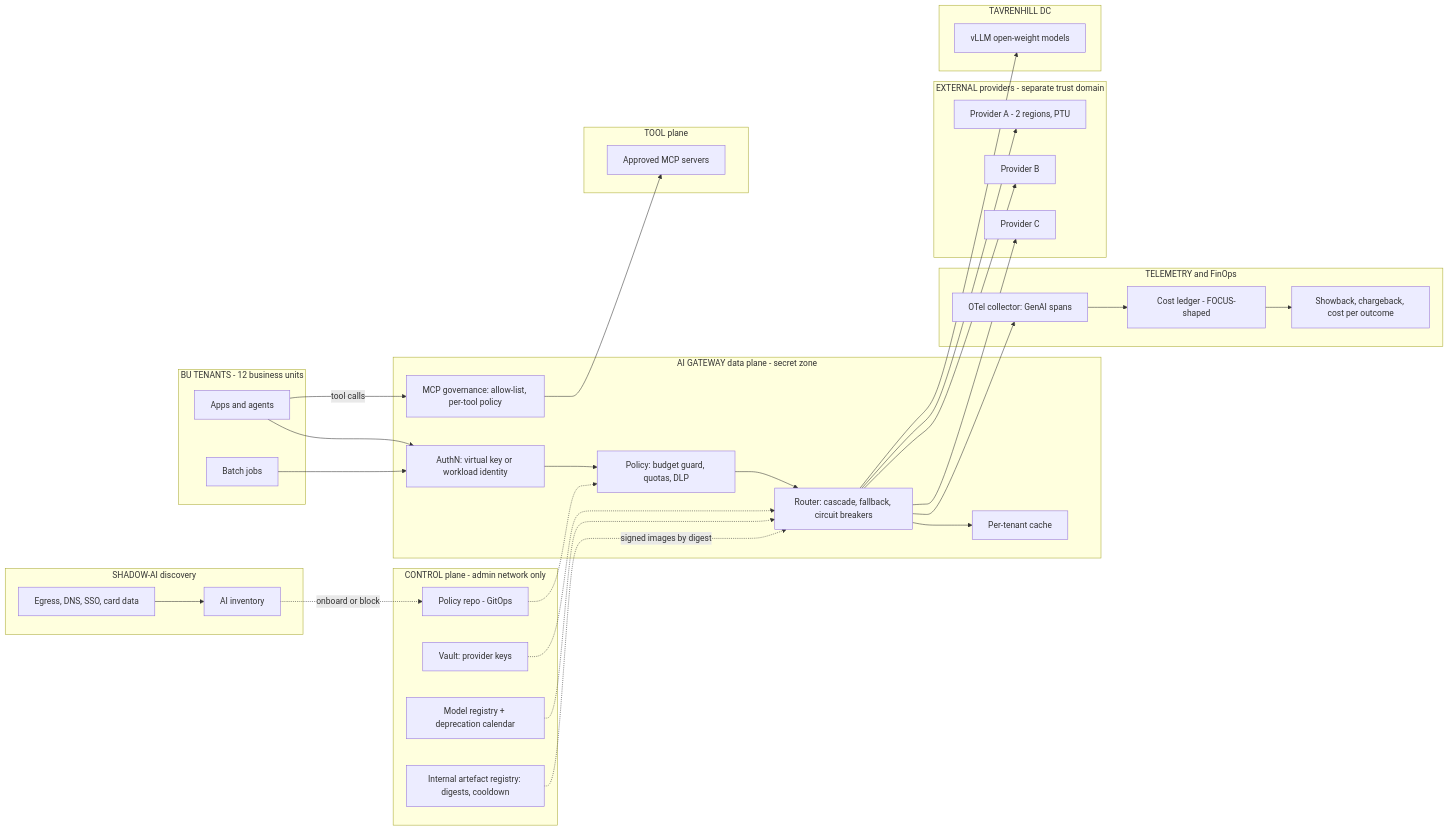
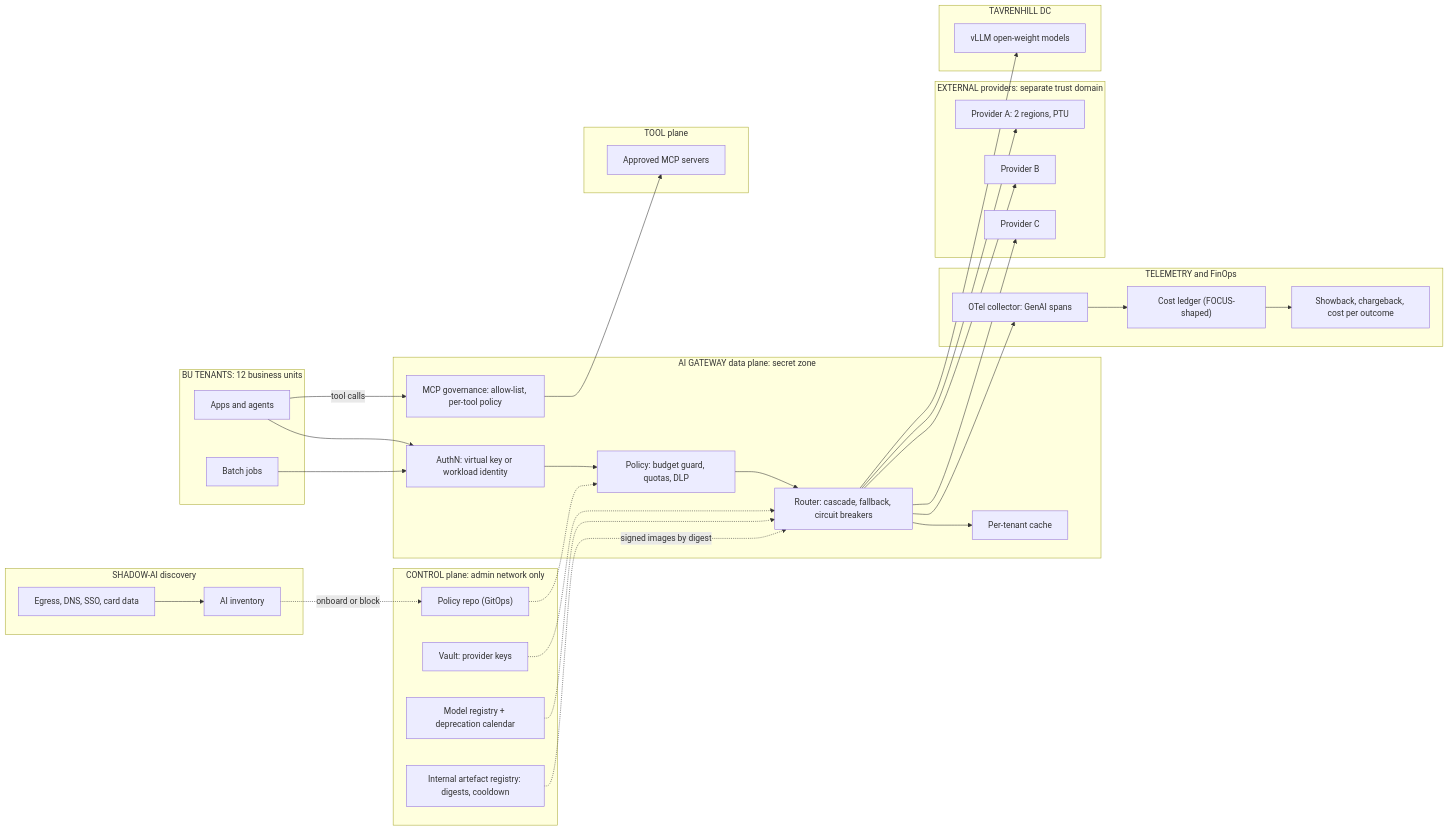
One commit to nagarjunak-pixel/02-autogpt-autonomous-agent changed the diagram in curriculum/projects/P12-enterprise-ai-gateway-finops-platform.md. Above: the diagram before and after it, drawn with Mermaid. The commit also changed other lines of this file and 21 other files, not shown here.

````diff
--- a/curriculum/projects/P12-enterprise-ai-gateway-finops-platform.md
+++ b/curriculum/projects/P12-enterprise-ai-gateway-finops-platform.md
@@ -146,56 +146,56 @@
 ```mermaid
 flowchart LR
-  subgraph BU["BU TENANTS - 12 business units"]
+  subgraph BU["BU TENANTS: 12 business units"]
     A1["Apps and agents"]
     A2["Batch jobs"]
   end
-  subgraph GW["AI GATEWAY data plane - secret zone"]
+  subgraph GW["AI GATEWAY data plane: secret zone"]
     AU["AuthN: virtual key or workload identity"]
     PO["Policy: budget guard, quotas, DLP"]
     RT["Router: cascade, fallback, circuit breakers"]
     CA["Per-tenant cache"]
     MG["MCP governance: allow-list, per-tool policy"]
   end
-  subgraph CP["CONTROL plane - admin network only"]
+  subgraph CP["CONTROL plane: admin network only"]
     KV["Vault: provider keys"]
     MR["Model registry + deprecation calendar"]
-    PR["Policy repo - GitOps"]
+    PR["Policy repo (GitOps)"]
     AR["Internal artefact registry: digests, cooldown"]
   end
   subgraph OBS["TELEMETRY and FinOps"]
     OT["OTel collector: GenAI spans"]
-    LED["Cost ledger - FOCUS-shaped"]
+    LED["Cost ledger (FOCUS-shaped)"]
     CB["Showback, chargeback, cost per outcome"]
   end
-  subgraph EXT["EXTERNAL providers - separate trust domain"]
-    P1["Provider A - 2 regions, PTU"]
+  subgraph EXT["EXTERNAL providers: separate trust domain"]
+    P1["Provider A: 2 regions, PTU"]
     P2["Provider B"]
     P3["Provider C"]
   end
   subgraph ONP["TAVRENHILL DC"]
     V["vLLM open-weight models"]
   end
   subgraph TL["TOOL plane"]
     M1["Approved MCP servers"]
   end
   subgraph DS["SHADOW-AI discovery"]
     EG["Egress, DNS, SSO, card data"]
     INV["AI inventory"]
   end
   A1 --> AU
   A2 --> AU
   AU --> PO --> RT
   RT --> CA
   RT --> P1
   RT --> P2
   RT --> P3
   RT --> V
   A1 -->|"tool calls"| MG --> M1
   KV -.-> RT
   MR -.-> RT
   PR -.-> PO
   AR -.->|"signed images by digest"| RT
   RT --> OT --> LED --> CB
   EG --> INV
   INV -.->|"onboard or block"| PR
 ```
````
